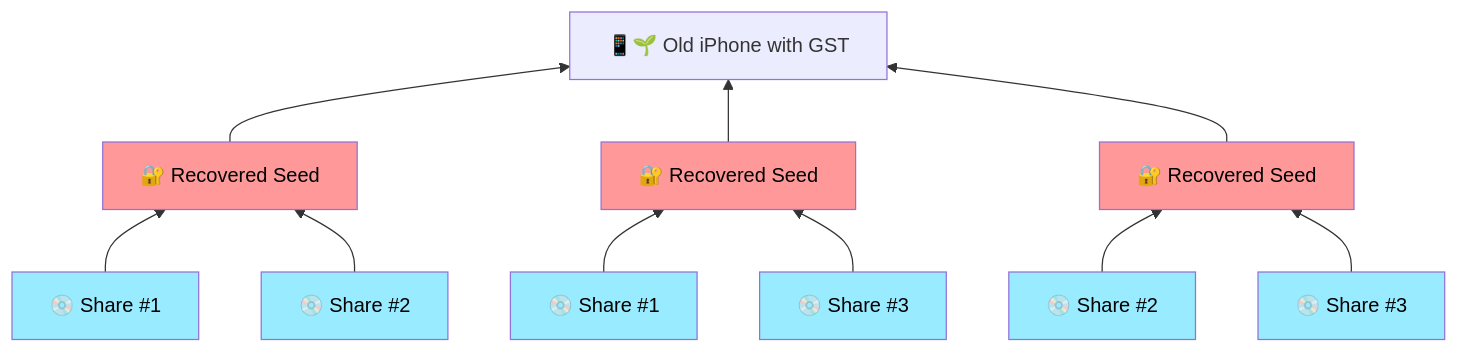
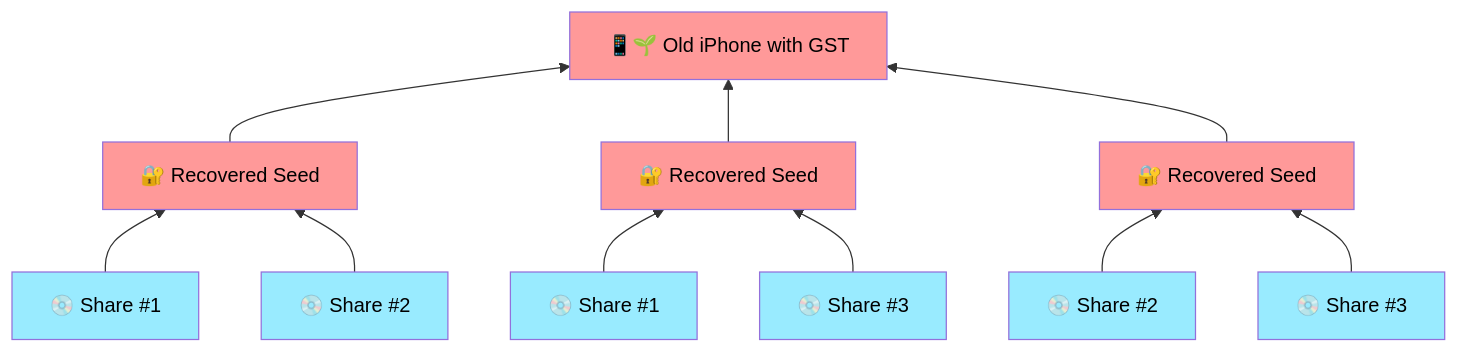
Diagram 18 of 27 in Docs/Scenario-Multisig.md (BlockchainCommons/SmartCustody), drawn with Mermaid before and after one commit.

````diff
--- a/Docs/Scenario-Multisig.md
+++ b/Docs/Scenario-Multisig.md
@@ -604,33 +604,34 @@
     ```mermaid
     graph BT;
     A["📱🌱 Old iPhone with GST"]
     B["🔐 Recovered Seed"]
     C["💿 Share #1"]
     D["💿 Share #2"]
     E["🔐 Recovered Seed"]
     F["💿 Share #1"]
     G["💿 Share #3"]
     H["🔐 Recovered Seed"]
     I["💿 Share #2"]
     J["💿 Share #3"]
     
     B-->A
     E-->A
     H-->A
     C-->B
     D-->B
     F-->E
     G-->E
     I-->H
     J-->H
-  
+
+    style A color:#000,fill:#ff9999;
     style B color:#000,fill:#ff9999;
     style C color:#000,fill:#99ebff;
     style D color:#000,fill:#99ebff;
     style E color:#000,fill:#ff9999;
     style F color:#000,fill:#99ebff;
     style G color:#000,fill:#99ebff;
     style H color:#000,fill:#ff9999;
     style I color:#000,fill:#99ebff;
     style J color:#000,fill:#99ebff;
 ```
````
